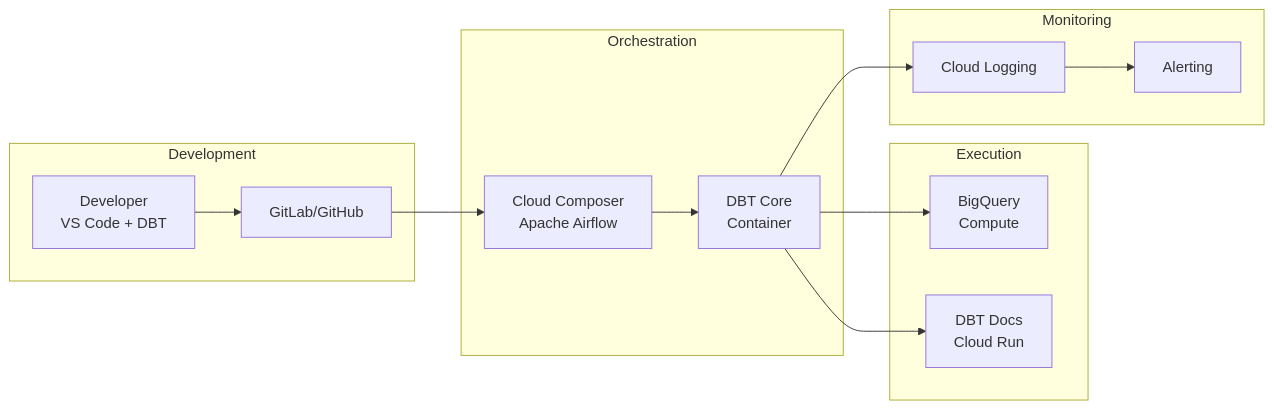
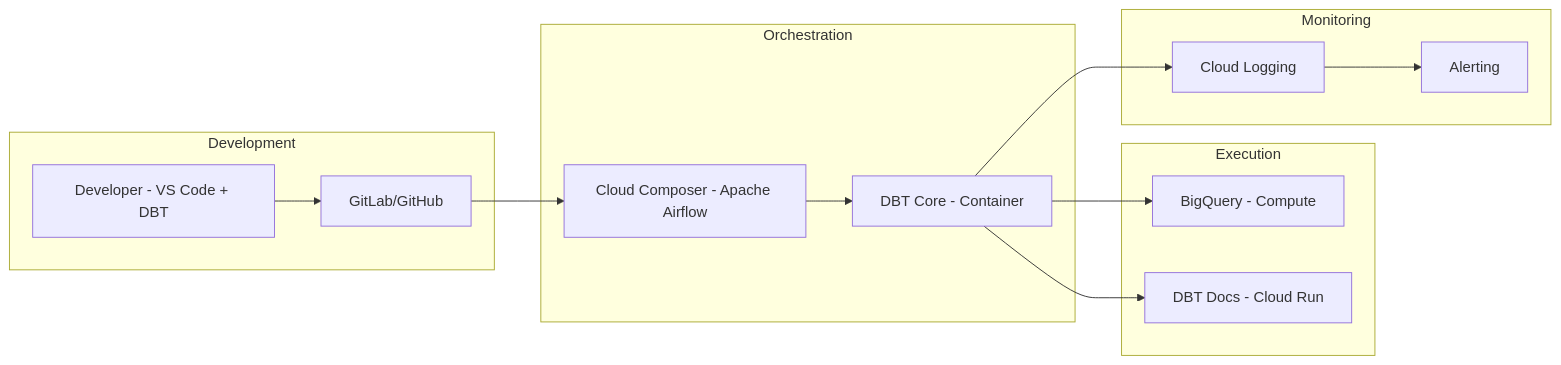
The sixth of 18 diagrams in ARCHITECTURE.md (sitelight/jean-notes), drawn with Mermaid before and after one commit. The commit also changed other lines of this file, not shown here.

````diff
--- a/ARCHITECTURE.md
+++ b/ARCHITECTURE.md
@@ -624,30 +601,30 @@
 ```mermaid
 graph LR
     subgraph "Development"
-        DEV[Developer<br/>VS Code + DBT]
+        DEV[Developer - VS Code + DBT]
         GIT[GitLab/GitHub]
     end
     
     subgraph "Orchestration"
-        CC[Cloud Composer<br/>Apache Airflow]
-        DBT[DBT Core<br/>Container]
+        CC[Cloud Composer - Apache Airflow]
+        DBT[DBT Core - Container]
     end
     
     subgraph "Execution"
-        BQ[BigQuery<br/>Compute]
-        DOCS[DBT Docs<br/>Cloud Run]
+        BQ[BigQuery - Compute]
+        DOCS[DBT Docs - Cloud Run]
     end
     
     subgraph "Monitoring"
         LOG[Cloud Logging]
         ALERT[Alerting]
     end
     
     DEV --> GIT
     GIT --> CC
     CC --> DBT
     DBT --> BQ
     DBT --> DOCS
     DBT --> LOG
     LOG --> ALERT
 ```
````
